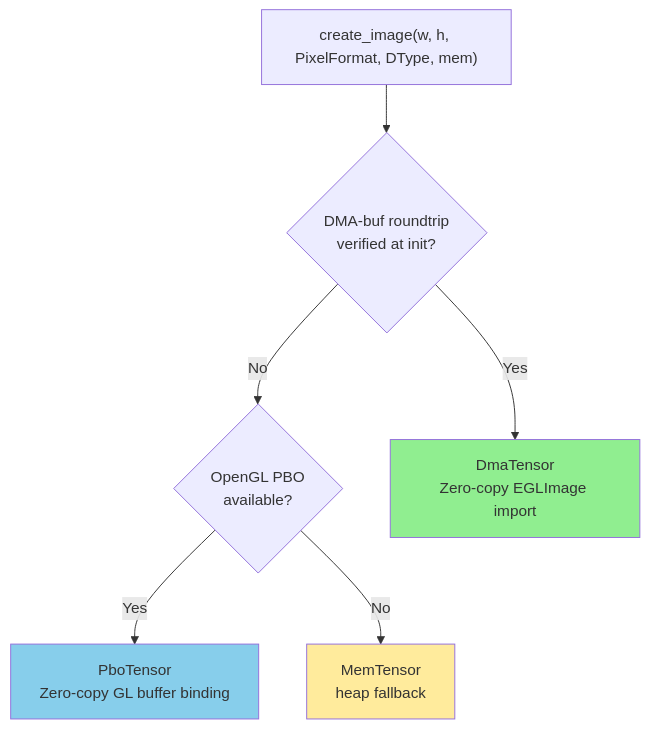
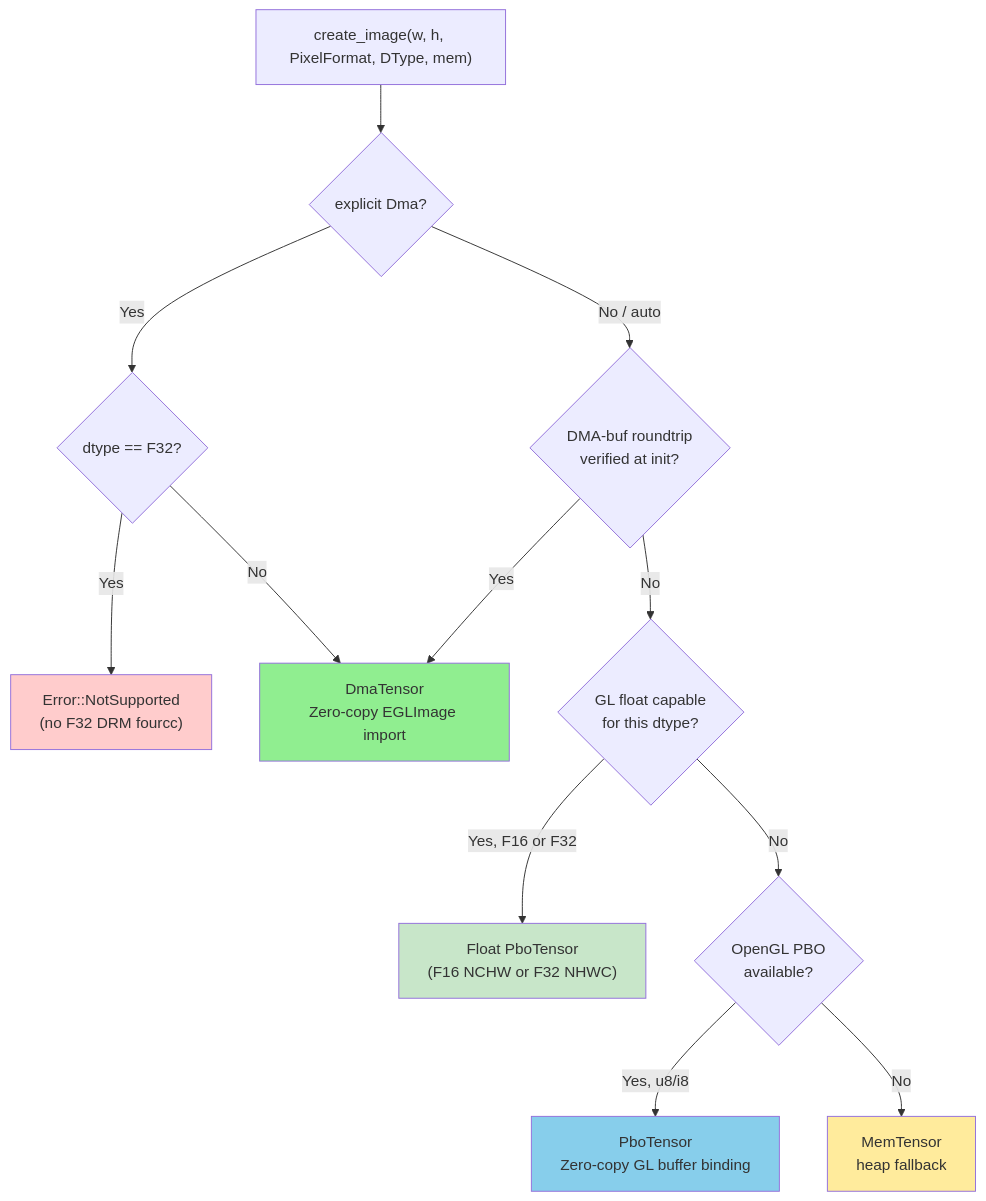
The second of 3 diagrams in crates/image/ARCHITECTURE.md (EdgeFirstAI/hal), drawn with Mermaid before and after one commit. The commit also changed other lines of this file and 21 other files, not shown here.

````diff
--- a/crates/image/ARCHITECTURE.md
+++ b/crates/image/ARCHITECTURE.md
@@ -126,17 +126,28 @@
 ```mermaid
 flowchart TD
     Create["create_image(w, h, PixelFormat, DType, mem)"]
+    ExplicitDma{explicit Dma?}
+    F32Dma{dtype == F32?}
     DMA{DMA-buf roundtrip<br/>verified at init?}
-    PBO{OpenGL PBO<br/>available?}
+    FloatPBO{GL float capable<br/>for this dtype?}
+    BytePBO{OpenGL PBO<br/>available?}
     Mem[MemTensor<br/>heap fallback]
 
-    Create --> DMA
-    DMA -->|Yes| UseDMA["DmaTensor<br/>Zero-copy EGLImage import"]
-    DMA -->|No| PBO
-    PBO -->|Yes| UsePBO["PboTensor<br/>Zero-copy GL buffer binding"]
-    PBO -->|No| Mem
+    Create --> ExplicitDma
+    ExplicitDma -->|Yes| F32Dma
+    F32Dma -->|Yes| NotSupported["Error::NotSupported<br/>(no F32 DRM fourcc)"]
+    F32Dma -->|No| UseDMA["DmaTensor<br/>Zero-copy EGLImage import"]
+    ExplicitDma -->|No / auto| DMA
+    DMA -->|Yes| UseDMA
+    DMA -->|No| FloatPBO
+    FloatPBO -->|Yes, F16 or F32| UseFloatPBO["Float PboTensor<br/>(F16 NCHW or F32 NHWC)"]
+    FloatPBO -->|No| BytePBO
+    BytePBO -->|Yes, u8/i8| UsePBO["PboTensor<br/>Zero-copy GL buffer binding"]
+    BytePBO -->|No| Mem
 
     style UseDMA fill:#90ee90
+    style UseFloatPBO fill:#c8e6c9
     style UsePBO fill:#87ceeb
     style Mem fill:#ffeb9c
+    style NotSupported fill:#ffcccc
 ```
````
